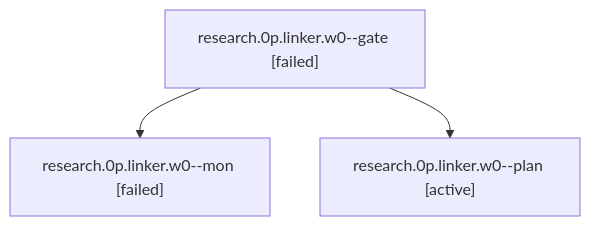
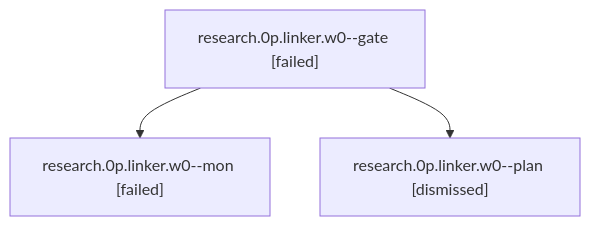
The diagram in sessions/bbugyi200.apollo.research.0p.linker.w0.md (bobs-org/bob-cli--agents), drawn with Mermaid before and after one commit. The commit also changed other lines of this file and 990 other files, not shown here.

````diff
--- a/sessions/bbugyi200.apollo.research.0p.linker.w0.md
+++ b/sessions/bbugyi200.apollo.research.0p.linker.w0.md
@@ -9,8 +9,8 @@
 ```mermaid
 flowchart TD
   n0["research.0p.linker.w0--gate [failed]"]
   n1["research.0p.linker.w0--mon [failed]"]
   n0 --> n1
-  n2["research.0p.linker.w0--plan [active]"]
+  n2["research.0p.linker.w0--plan [dismissed]"]
   n0 --> n2
 ```
````
